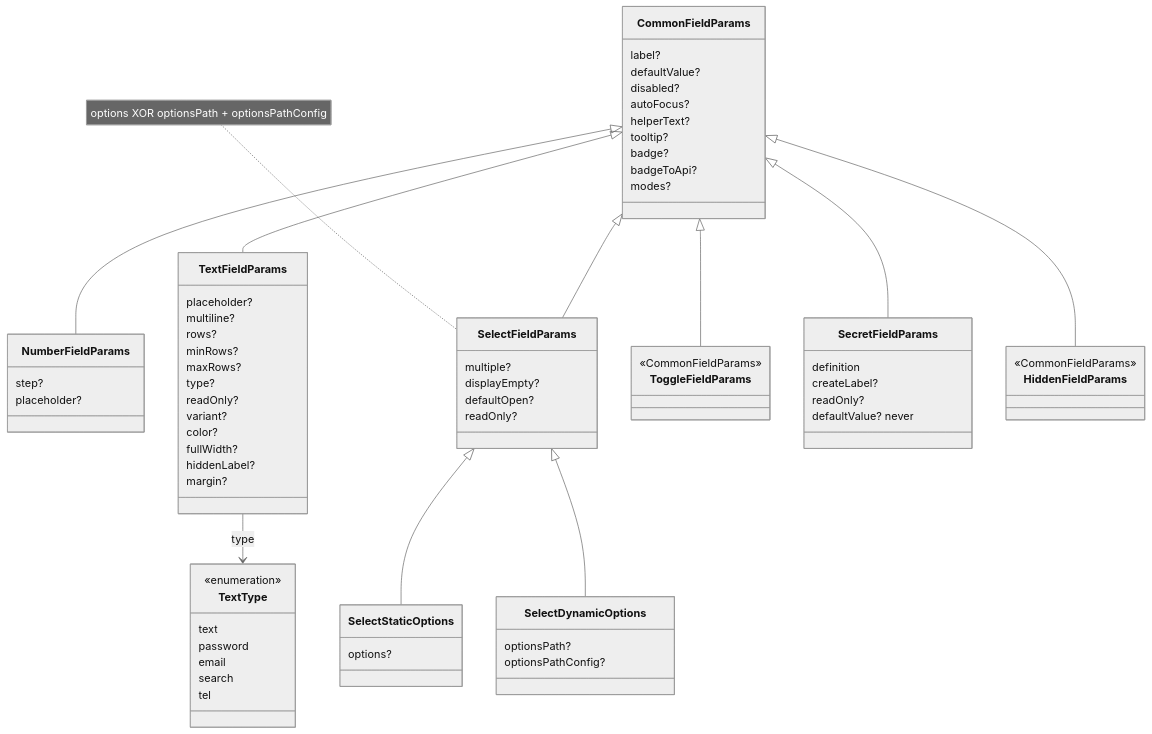
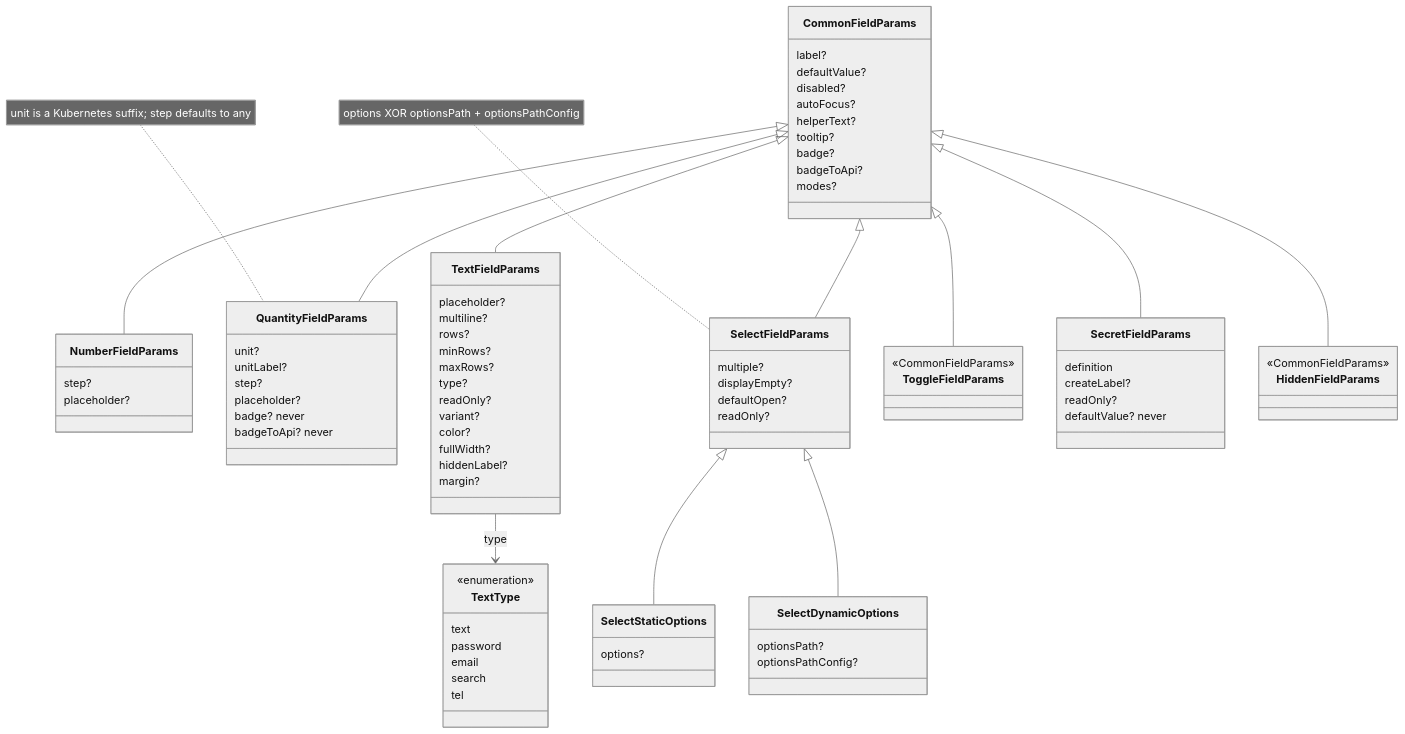
The fifth of 6 diagrams in docs/ui/architecture/ui-generator/schema-reference.md (openeverest/openeverest), drawn with Mermaid (neutral theme) before and after one commit. The commit also changed other lines of this file and 4 other files, not shown here.

````diff
--- a/docs/ui/architecture/ui-generator/schema-reference.md
+++ b/docs/ui/architecture/ui-generator/schema-reference.md
@@ -105,6 +105,14 @@
   class NumberFieldParams {
     step?
     placeholder?
+  }
+  class QuantityFieldParams {
+    unit?
+    unitLabel?
+    step?
+    placeholder?
+    badge? never
+    badgeToApi? never
   }
   class TextFieldParams {
     placeholder?
@@ -154,6 +162,7 @@
     <<CommonFieldParams>>
   }
   CommonFieldParams <|-- NumberFieldParams
+  CommonFieldParams <|-- QuantityFieldParams
   CommonFieldParams <|-- TextFieldParams
   CommonFieldParams <|-- SelectFieldParams
   CommonFieldParams <|-- ToggleFieldParams
@@ -163,4 +172,5 @@
   SelectFieldParams <|-- SelectStaticOptions
   SelectFieldParams <|-- SelectDynamicOptions
   note for SelectFieldParams "options XOR optionsPath + optionsPathConfig"
+  note for QuantityFieldParams "unit is a Kubernetes suffix; step defaults to any"
 ```
````
